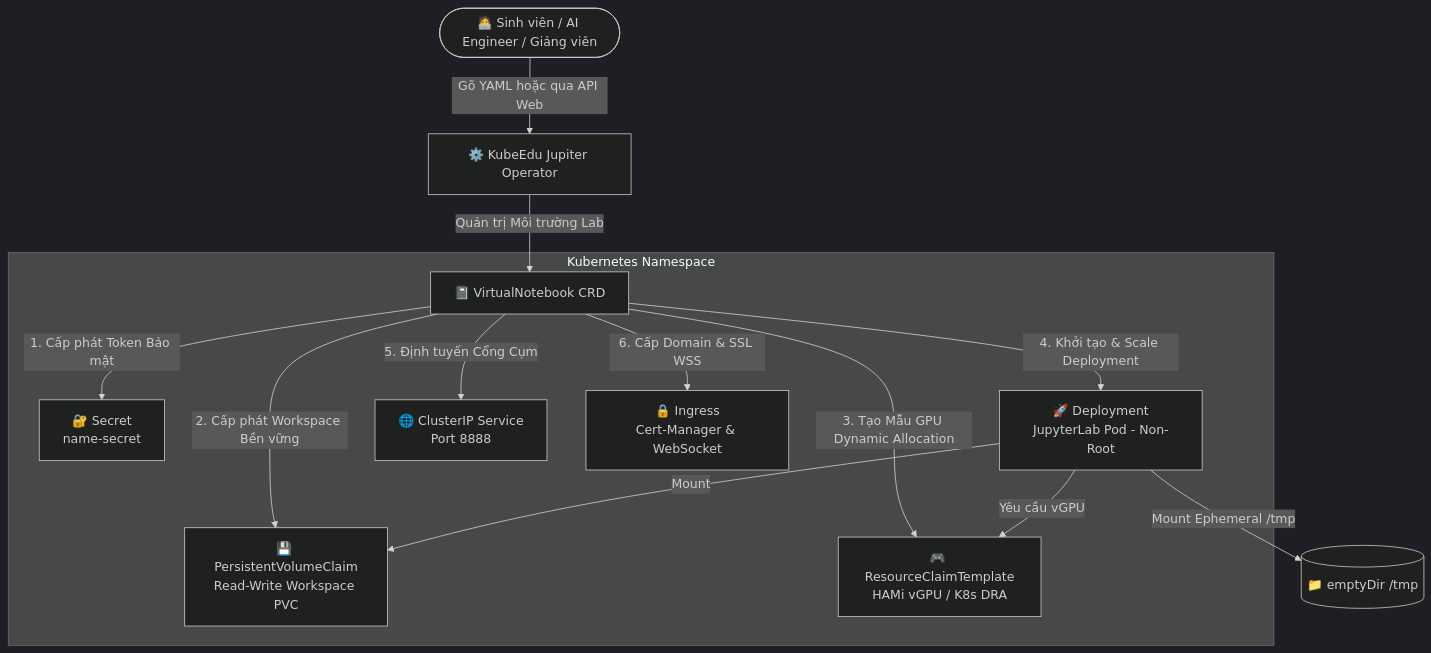
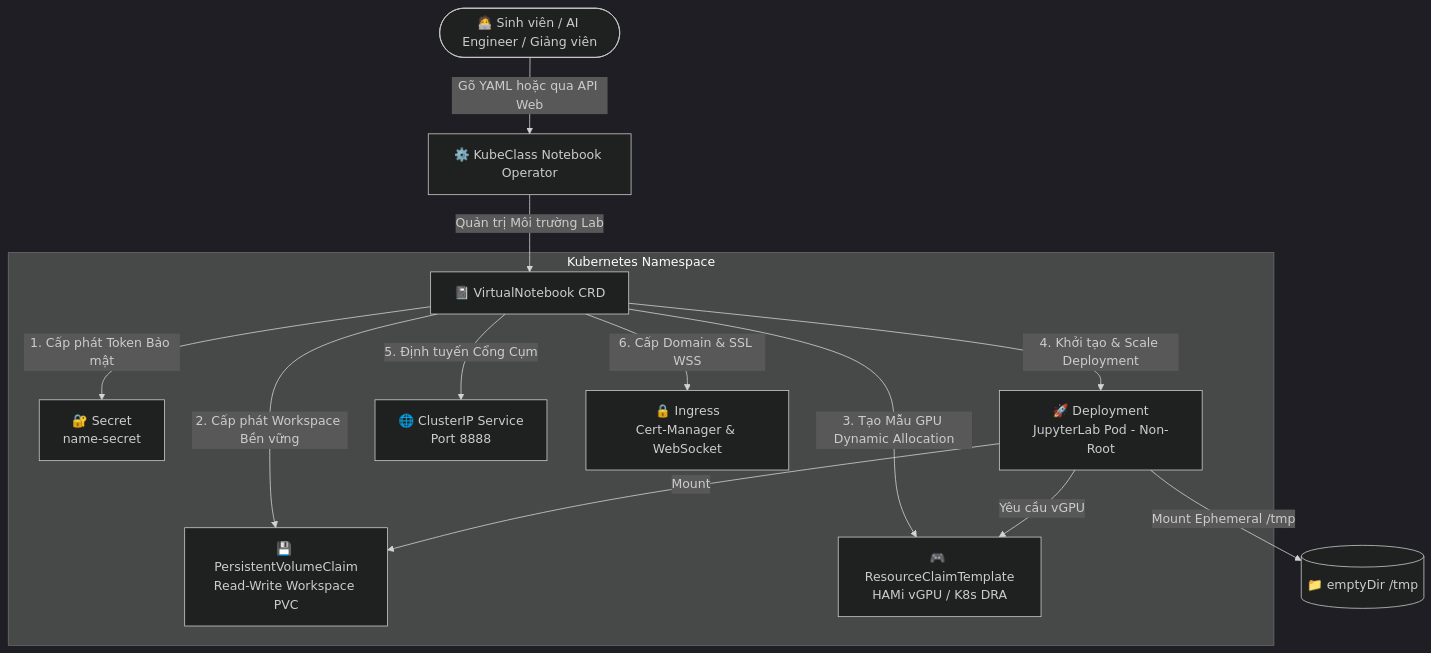
One commit to ngtukien/notebook-operator changed the diagram in README.md. Above: the diagram before and after it, drawn with Mermaid (dark theme). The commit also changed other lines of this file and 27 other files, not shown here.

Commit message:
chore: rename project from jupiter-operator to notebook-operator and update module paths

````diff
--- a/README.md
+++ b/README.md
@@ -15,18 +15,18 @@
 ```mermaid
 graph TD
-    User([🧑‍💻 Sinh viên / AI Engineer / Giảng viên]) -->|Gõ YAML hoặc qua API Web| Operator[⚙️ KubeEdu Jupiter Operator]
+    User([🧑‍💻 Sinh viên / AI Engineer / Giảng viên]) -->|Gõ YAML hoặc qua API Web| Operator[⚙️ KubeClass Notebook Operator]
     Operator -->|Quản trị Môi trường Lab| VN[📓 VirtualNotebook CRD]
 
     subgraph "Kubernetes Namespace"
         VN -->|1. Cấp phát Token Bảo mật| SEC[🔐 Secret<br/>name-secret]
         VN -->|2. Cấp phát Workspace Bền vững| PVC[💾 PersistentVolumeClaim<br/>Read-Write Workspace PVC]
         VN -->|3. Tạo Mẫu GPU Dynamic Allocation| RCT[🎮 ResourceClaimTemplate<br/>HAMi vGPU / K8s DRA]
         VN -->|4. Khởi tạo & Scale Deployment| DEP[🚀 Deployment<br/>JupyterLab Pod - Non-Root]
         VN -->|5. Định tuyến Cổng Cụm| SVC[🌐 ClusterIP Service<br/>Port 8888]
         VN -->|6. Cấp Domain & SSL WSS| ING[🔒 Ingress<br/>Cert-Manager & WebSocket]
     end
 
     DEP -->|Mount| PVC
     DEP -->|Mount Ephemeral /tmp| TMP[(📁 emptyDir /tmp)]
     DEP -->|Yêu cầu vGPU| RCT
 ```
````
